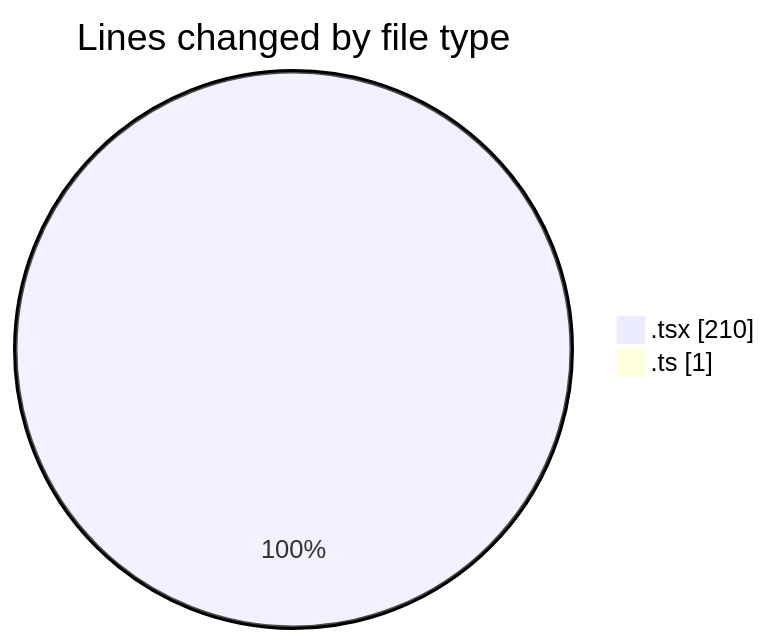
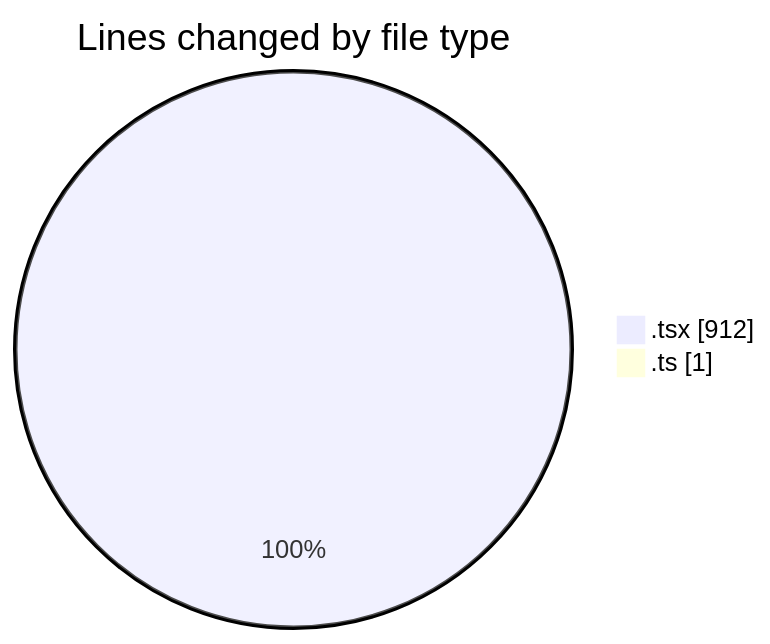
One commit to robertbonfada/code-tracking changed the first of 2 diagrams in 2025-01-29/mbc-web/README.md. Above: the diagram before and after it, drawn with Mermaid. The commit also changed other lines of this file and 1 other file, not shown here.

````diff
--- a/2025-01-29/mbc-web/README.md
+++ b/2025-01-29/mbc-web/README.md
@@ -23,6 +25,6 @@
 ```mermaid
 pie showData
 title Lines changed by file type
-".tsx" : 210
+".tsx" : 912
 ".ts" : 1
 ```
````
